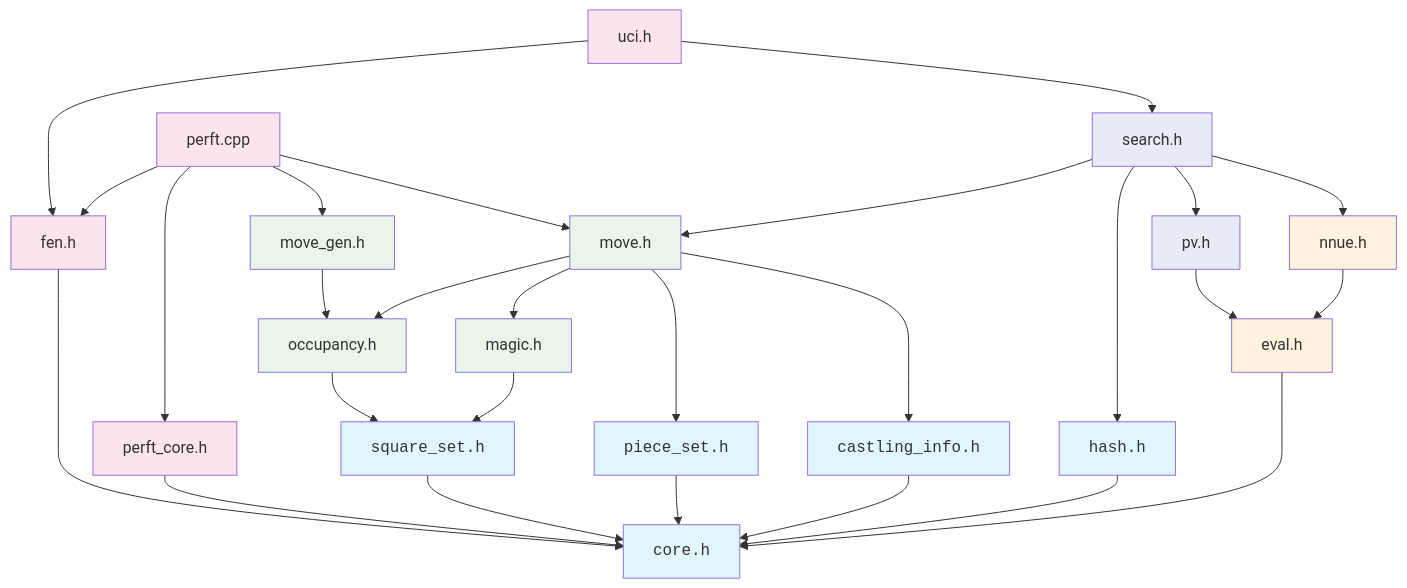
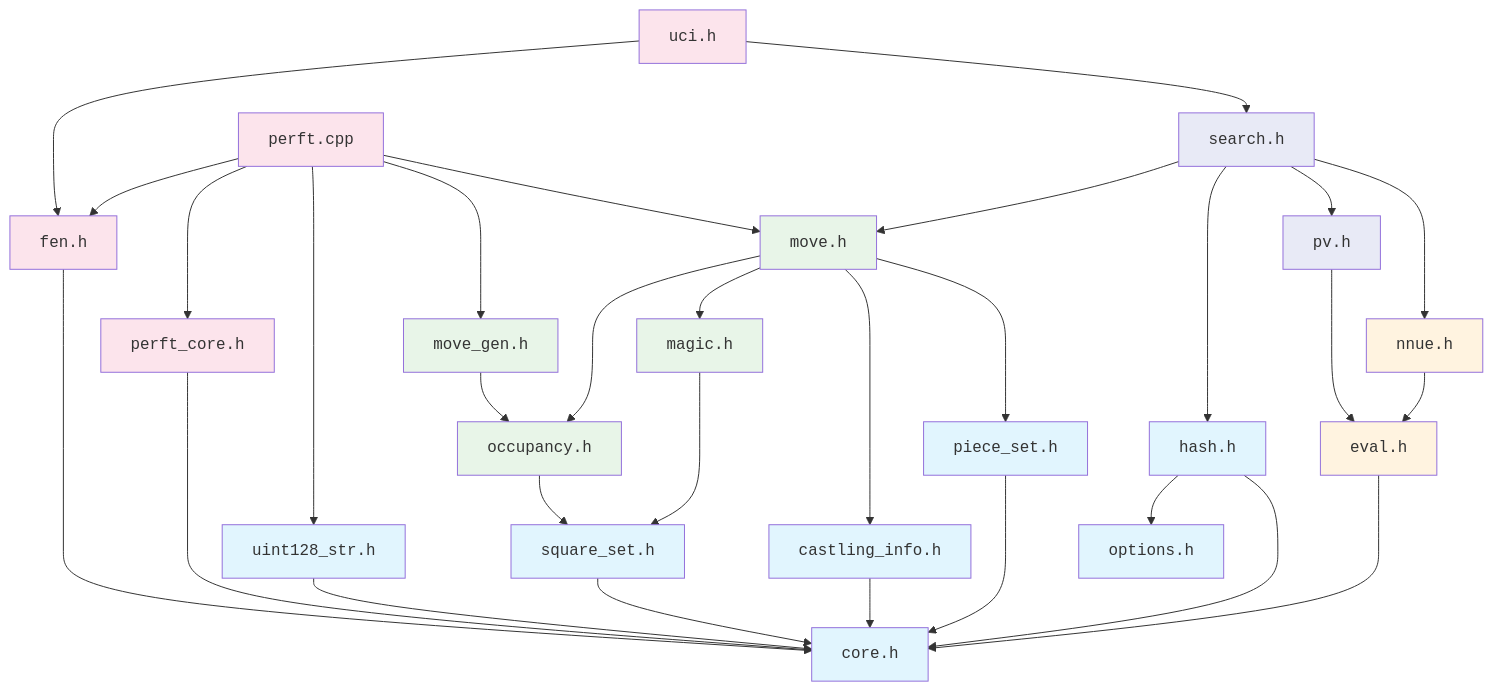
The first of 2 diagrams in src/ARCHITECTURE.md (GeertBosch/gbchess), drawn with Mermaid before and after one commit. The commit also changed other lines of this file and 16 other files, not shown here.

First line of the commit message:
Add checking for ARCHITECTURE.md correctness

````diff
--- a/src/ARCHITECTURE.md
+++ b/src/ARCHITECTURE.md
@@ -2,18 +2,13 @@
 ```mermaid
 
 graph TD
-
-%% Unknown module for occupancy.h referenced from move_gen.h
-%% Unknown module for occupancy.h referenced from move.h
-%% Unknown module for options.h referenced from hash.h
-%% Unknown module for uint128_t.h referenced from perft_core.h
-%% Unknown module for options.h referenced from perft.cpp
-
 
     %% Core module - foundational types
     C[core.h]
         CI[castling_info.h]
         PS[piece_set.h]
+        O[options.h]
+        CU[uint128_str.h]
 
     %% Eval module - position evaluation
     E[eval.h]
@@ -42,7 +37,7 @@
 
     SS[square_set.h]
 
-    %% UCI module - universal chess interface
+    %% UCI module - universal chess ui
     U[uci.h]
 
     %% The following are include dependencies between the above modules.
@@ -53,9 +48,11 @@
     F --> C
     P --> M
     P --> PC
-    P --> MG
+    P ---> MG
+    P ----> CU
     S --> M
-    PC --> C
+    PC ----> C
+    CU --> C
     MG --> MO
     M --> MO
     MO --> SS
@@ -64,28 +61,30 @@
     S --> EN
     S --> H
     S --> PV
-    PV --> E
+    PV ---> E
+    EN --> E
     P --> F
     M --> CI
-    M --> PS
-    MM --> SS
-    PS --> C
+    M ---> PS
+    MM ---> SS
     CI --> C
+    PS ---> C
+    H --> O
+    O ~~~ C
     H --> C
     E --> C
-    EN --> E
 
     %% Styling
     classDef core fill:#e1f5fe,font-family:monospace
-    classDef move fill:#e8f5e8
-    classDef eval fill:#fff3e0
-    classDef interface fill:#fce4ec
-    classDef perft fill:#f3e5f5
-    classDef search fill:#e8eaf6
+    classDef move fill:#e8f5e8,font-family:monospace
+    classDef eval fill:#fff3e0,font-family:monospace
+    classDef ui fill:#fce4ec,font-family:monospace
+    classDef perft fill:#f3e5f5,font-family:monospace
+    classDef search fill:#e8eaf6,font-family:monospace
 
-    class C,PS,CI,SS,H core
+    class C,PS,CI,SS,H,O,CU core
     class MM,MO,MG,M move
     class E,EN eval
     class S,PV search
-    class F,U,P,PC interface
+    class F,U,P,PC ui
 ```
````
